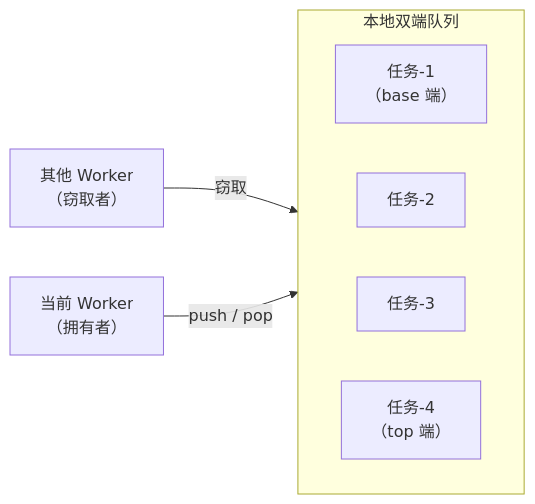
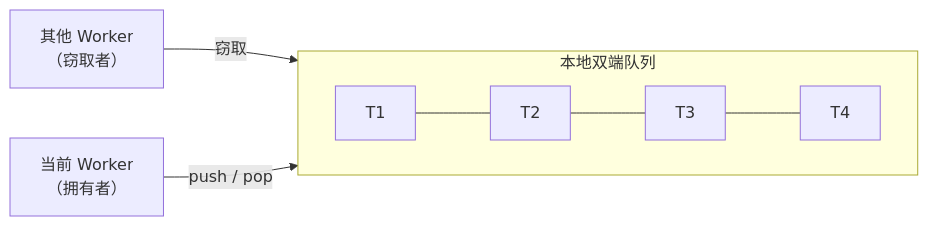
Before and after one commit to rebibabo/rebibabo.github.io: the diagram in images/Java-concurrency/IMG-20260707-000166.mmd, drawn with Mermaid. The commit also changed 59 other files, not shown here.

```diff
--- a/images/Java-concurrency/IMG-20260707-000166.mmd
+++ b/images/Java-concurrency/IMG-20260707-000166.mmd
@@ -1,10 +1,7 @@
 graph LR
     subgraph Deque["本地双端队列"]
         direction LR
-        T1["任务-1<br>（base 端）"]
-        T2["任务-2"]
-        T3["任务-3"]
-        T4["任务-4<br>（top 端）"]
+    T1 --- T2 --- T3 --- T4
     end
     Stealer["其他 Worker<br>（窃取者）"] -->|"窃取"| T1
     Owner["当前 Worker<br>（拥有者）"] -->|"push / pop"| T4
```
